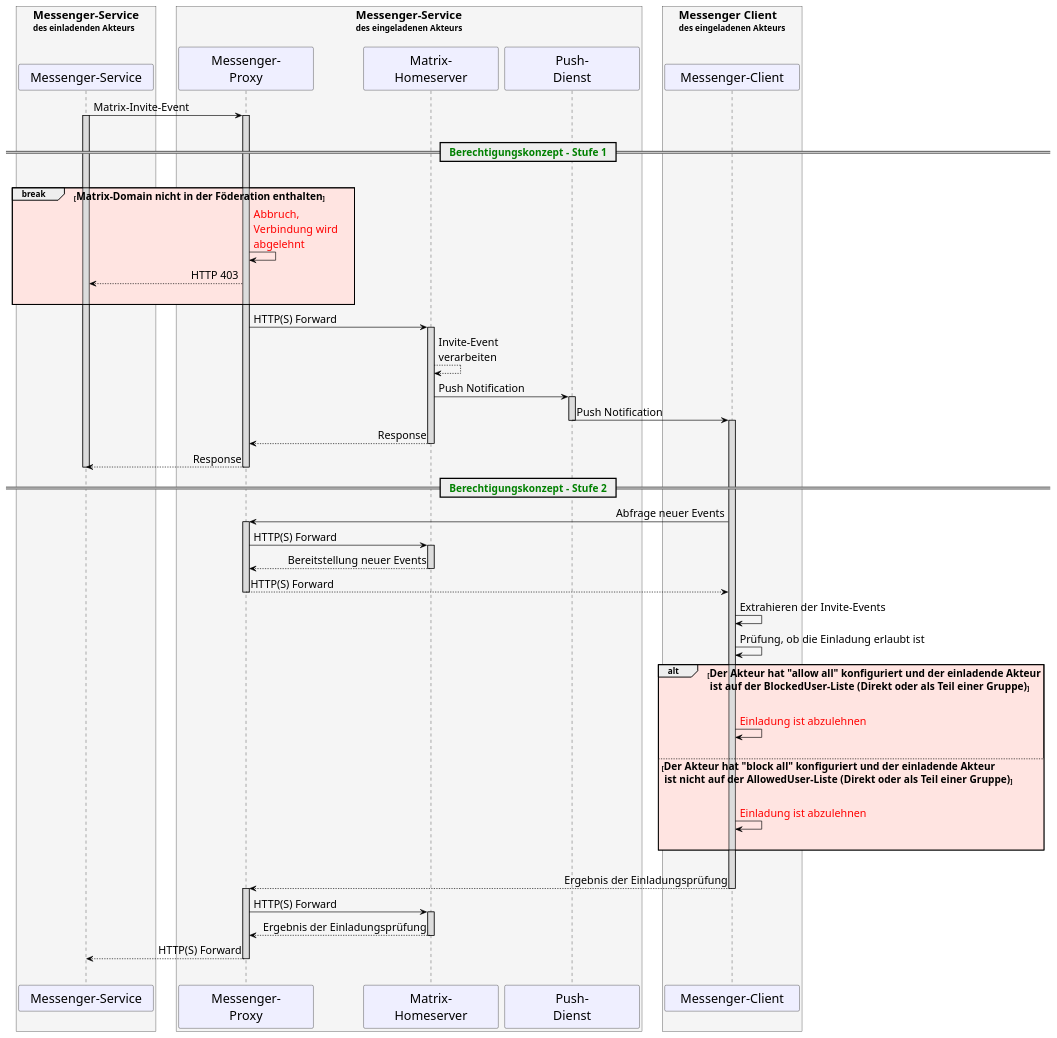
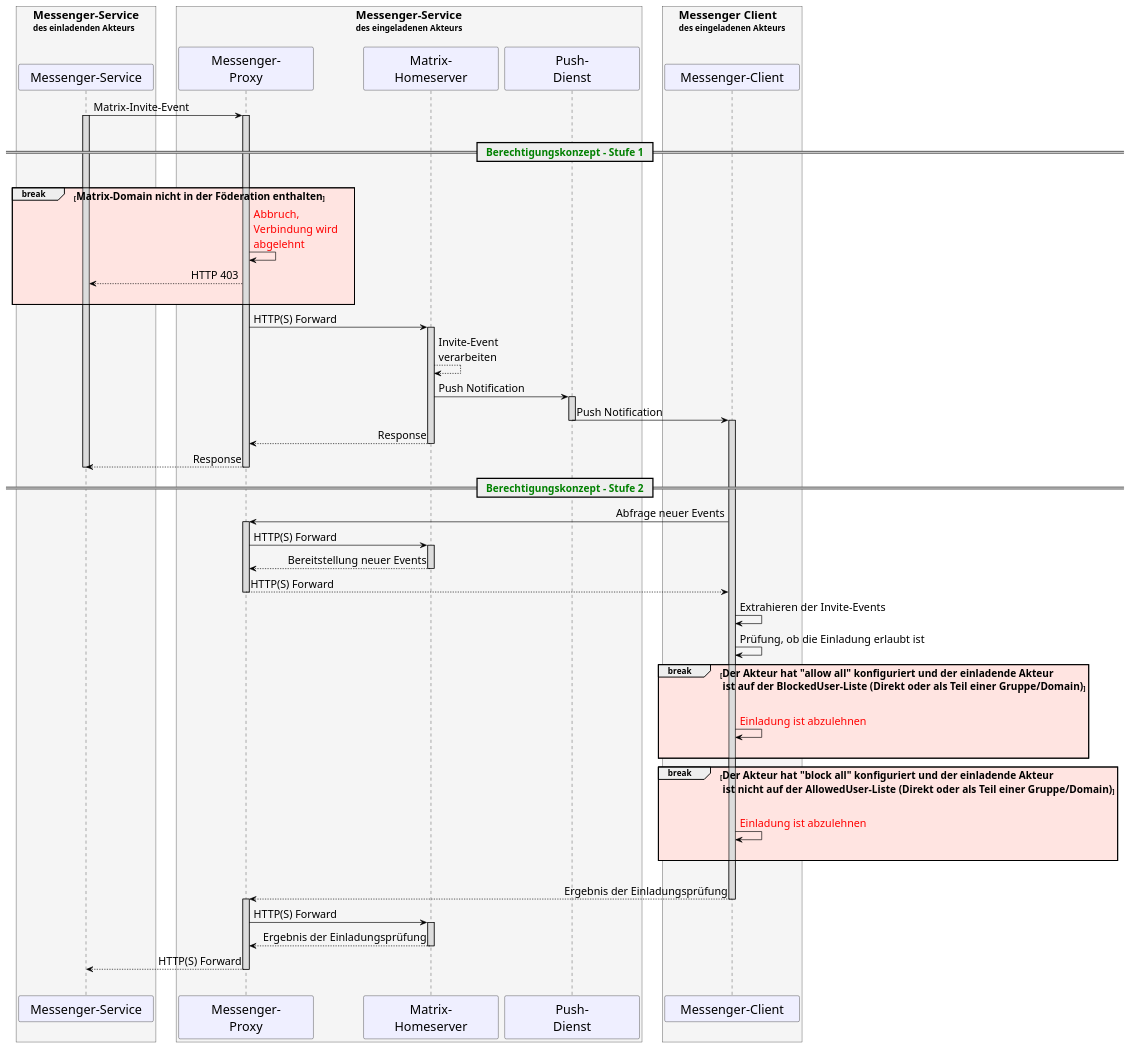
One commit to gematik/api-ti-messenger changed the diagram in src/plantuml/TI-Messenger-Dienst/Ressourcen/UC_Approvel_List_Seq.puml. Above: the diagram before and after it, drawn with PlantUML. The commit also changed 1 other file, not shown here.

Commit message:
added break blocks

```diff
--- a/src/plantuml/TI-Messenger-Dienst/Ressourcen/UC_Approvel_List_Seq.puml
+++ b/src/plantuml/TI-Messenger-Dienst/Ressourcen/UC_Approvel_List_Seq.puml
@@ -8,98 +8,101 @@
 @startuml
 skinparam sequenceMessageAlign direction
 skinparam minClassWidth 200
 skinparam BoxPadding 15
 skinparam sequenceReferenceHeaderBackgroundColor palegreen
 scale max 2048 width
 
 skinparam sequence {
   ArrowColor black
   ArrowFontSize 17
   ActorBorderColor black
   LifeLineBorderColor black
   LifeLineBackgroundColor Gainsboro
 
   ParticipantBorderColor Motivation
   ParticipantBackgroundColor Motivation
 
   ParticipantFontSize 20
   ParticipantFontColor black
   ParticipantBorderColor Black
   ParticipantBackgroundColor MOTIVATION
 
   ActorBackgroundColor Gainsboro
   ActorFontColor black
   ActorFontSize 20
   ActorFontName Aapex
 }
 box <size:18>Messenger-Service\ndes einladenden Akteurs\n #WhiteSmoke
 participant MS as "Messenger-Service"
 end box
 box <size:18>Messenger-Service\ndes eingeladenen Akteurs\n #WhiteSmoke
 participant MP2 as "Messenger-\nProxy"
 participant MH2 as "Matrix-\nHomeserver"
 participant PG as "Push-\nDienst"
 end box
 box <size:18>Messenger Client\ndes eingeladenen Akteurs\n #WhiteSmoke
 participant MC2 as "Messenger-Client"
 end box
 MS->MP2:Matrix-Invite-Event
 activate MP2
 activate MS
 |||
 == <font color=green><size:16>  Berechtigungskonzept - Stufe 1</size></font>  ==
 |||
 break #MistyRose <size:16>Matrix-Domain nicht in der Föderation enthalten</size>
   MP2->MP2:<font color=red>Abbruch, \n<font color=red>Verbindung wird \n<font color=red>abgelehnt</font>
   MP2-->MS: HTTP 403
   |||
   end
 
   MP2->MH2: HTTP(S) Forward
   activate MH2
   MH2-->MH2: Invite-Event \nverarbeiten
   MH2->PG++: Push Notification
   PG->MC2--: Push Notification
   activate MC2
   MH2-->MP2: Response
   deactivate MH2
   MP2-->MS: Response
   deactivate MP2
   deactivate MS
 
 == <font color=green><size:16>  Berechtigungskonzept - Stufe 2</size></font>  ==
   MC2->MP2: Abfrage neuer Events
   activate MP2
   MP2->MH2: HTTP(S) Forward
   activate MH2
   MH2-->MP2: Bereitstellung neuer Events
   deactivate MH2
   MP2-->MC2: HTTP(S) Forward
   deactivate MP2
 
   MC2->MC2: Extrahieren der Invite-Events
   MC2->MC2: Prüfung, ob die Einladung erlaubt ist
 
-  alt #MistyRose <size:16>Der Akteur hat "allow all" konfiguriert und der einladende Akteur\n<size:16> ist auf der BlockedUser-Liste (Direkt oder als Teil einer Gruppe)</size>
-    |||
-    MC2->MC2:<font color=red>Einladung ist abzulehnen</font>
-    |||
-  else <size:16>Der Akteur hat "block all" konfiguriert und der einladende Akteur\n<size:16> ist nicht auf der AllowedUser-Liste (Direkt oder als Teil einer Gruppe)</size>
+  break #MistyRose <size:16>Der Akteur hat "allow all" konfiguriert und der einladende Akteur\n<size:16> ist auf der BlockedUser-Liste (Direkt oder als Teil einer Gruppe/Domain)</size>
     |||
     MC2->MC2:<font color=red>Einladung ist abzulehnen</font>
     |||
   end
+
+  break #MistyRose <size:16>Der Akteur hat "block all" konfiguriert und der einladende Akteur\n<size:16> ist nicht auf der AllowedUser-Liste (Direkt oder als Teil einer Gruppe/Domain)</size>
+    |||
+    MC2->MC2:<font color=red>Einladung ist abzulehnen</font>
+    |||
+  end
+
 
 
 |||
 MC2-->MP2: Ergebnis der Einladungsprüfung
 deactivate MC2
 activate MP2
 MP2->MH2: HTTP(S) Forward
 activate MH2
 MH2-->MP2: Ergebnis der Einladungsprüfung
 deactivate MH2
 MP2-->MS: HTTP(S) Forward
 deactivate MP2
 |||
 @enduml
```
